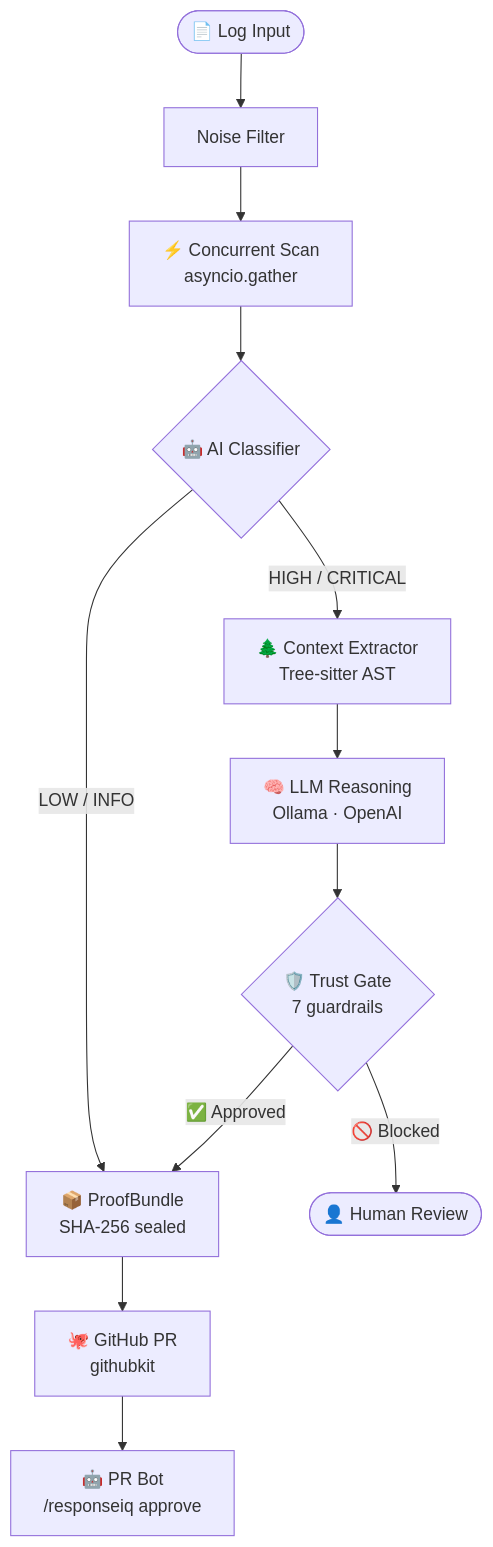
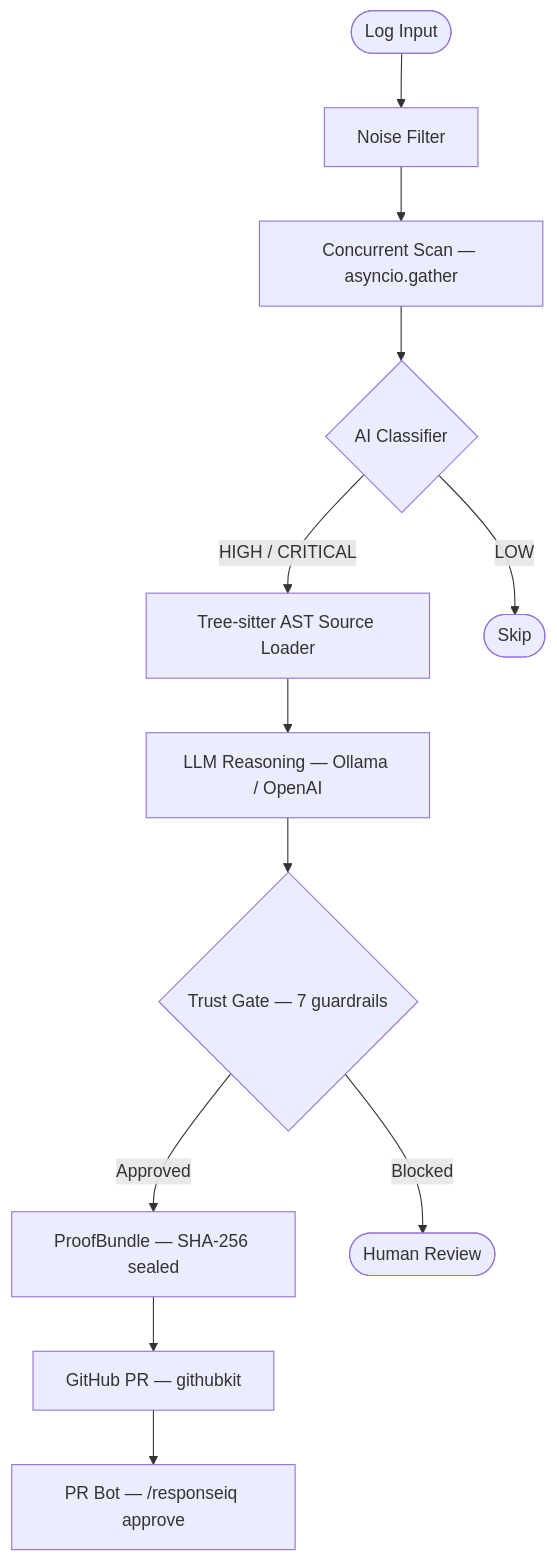
The diagram in README.md (infoyouth/responseiq), drawn with Mermaid before and after one commit. The commit also changed other lines of this file and 90 other files, not shown here.

````diff
--- a/README.md
+++ b/README.md
@@ -216,14 +71,14 @@
 ```mermaid
 flowchart TD
-    A([📄 Log Input]) --> B[Noise Filter]
-    B --> C[⚡ Concurrent Scan\nasyncio.gather]
-    C --> D{🤖 AI Classifier}
-    D -->|HIGH / CRITICAL| E[🌲 Context Extractor\nTree-sitter AST]
-    D -->|LOW / INFO| H
-    E --> F[🧠 LLM Reasoning\nOllama · OpenAI]
-    F --> G{🛡️ Trust Gate\n7 guardrails}
-    G -->|✅ Approved| H[📦 ProofBundle\nSHA-256 sealed]
-    G -->|🚫 Blocked| I([👤 Human Review])
-    H --> J[🐙 GitHub PR\ngithubkit]
-    J --> K[🤖 PR Bot\n/responseiq approve]
+    A([Log Input]) --> B[Noise Filter]
+    B --> C[Concurrent Scan — asyncio.gather]
+    C --> D{AI Classifier}
+    D -->|HIGH / CRITICAL| E[Tree-sitter AST Source Loader]
+    D -->|LOW| Z([Skip])
+    E --> F[LLM Reasoning — Ollama / OpenAI]
+    F --> G{Trust Gate — 7 guardrails}
+    G -->|Approved| H[ProofBundle — SHA-256 sealed]
+    G -->|Blocked| I([Human Review])
+    H --> J[GitHub PR — githubkit]
+    J --> K[PR Bot — /responseiq approve]
 ```
````
